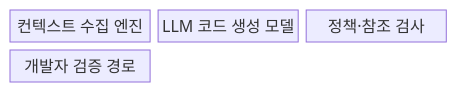
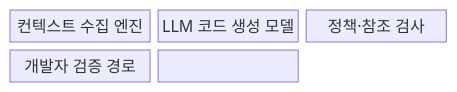
The first of 2 diagrams in src/content/docs/notes/03-software/081_ai_code_generation.md (agnusdei1207/knowledge-base), drawn with Mermaid before and after one commit. The commit also changed other lines of this file and 20 other files, not shown here.

````diff
--- a/src/content/docs/notes/03-software/081_ai_code_generation.md
+++ b/src/content/docs/notes/03-software/081_ai_code_generation.md
@@ -57,8 +62,9 @@
 ```mermaid
-block-beta
+block
   columns 3
   C["컨텍스트 수집 엔진"]
   L["LLM 코드 생성 모델"]
   P["정책·참조 검사"]
   D["개발자 검증 경로"]
+  C --> L --> P --> D
 ```
````
